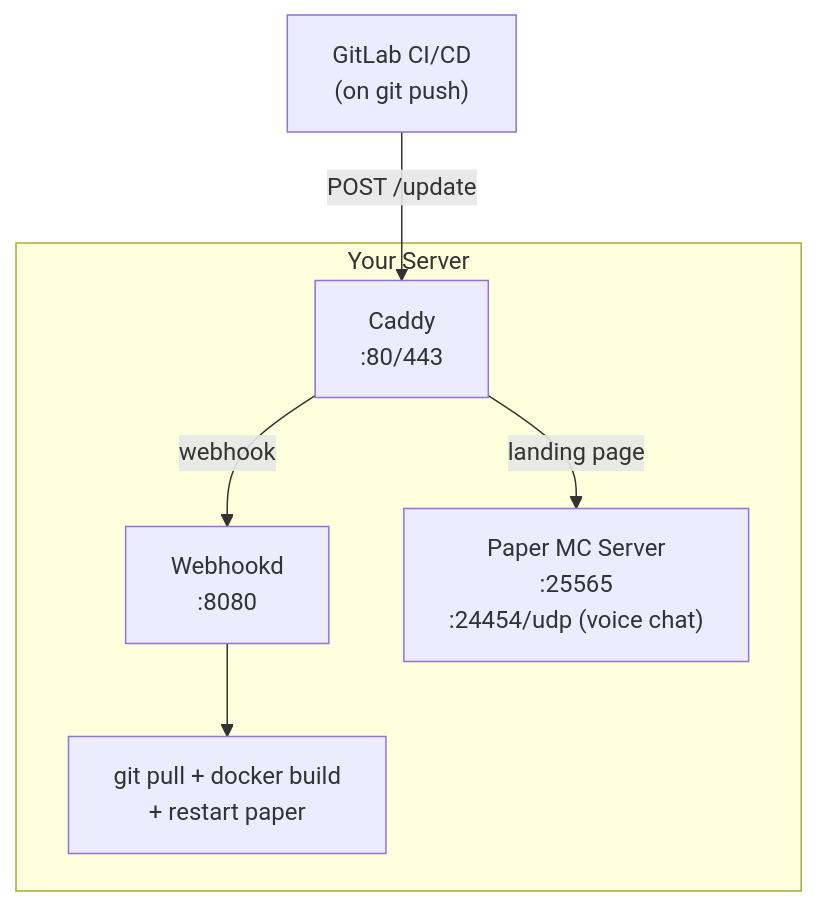
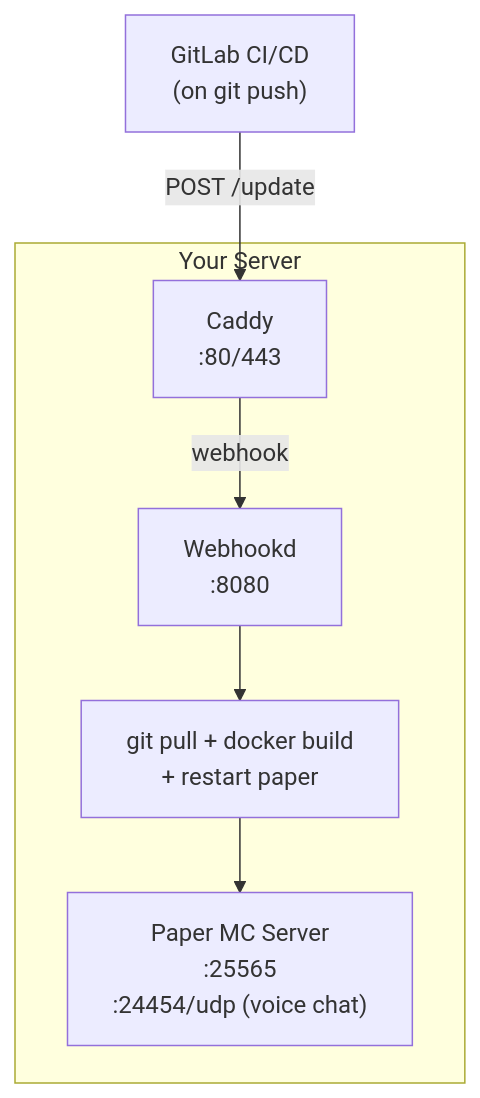
One commit to timo-reymann/blueprint-minecraft-server-gitops changed the diagram in README.md. Above: the diagram before and after it, drawn with Mermaid.

Commit message:
docs: Make arch diagram clearer

````diff
--- a/README.md
+++ b/README.md
@@ -26,15 +26,15 @@
 ```mermaid
 flowchart TB
     subgraph server["Your Server"]
         caddy["Caddy<br>:80/443"]
         webhookd["Webhookd<br>:8080"]
         deploy["git pull + docker build<br>+ restart paper"]
         paper["Paper MC Server<br>:25565<br>:24454/udp (voice chat)"]
 
-        caddy -->|webhook| webhookd --> deploy
-        caddy -->|landing page| paper
+        caddy -->|webhook| webhookd --> deploy --> paper
+
     end
 
     gitlab["GitLab CI/CD<br>(on git push)"]
     gitlab -->|POST /update| caddy
 ```
````
